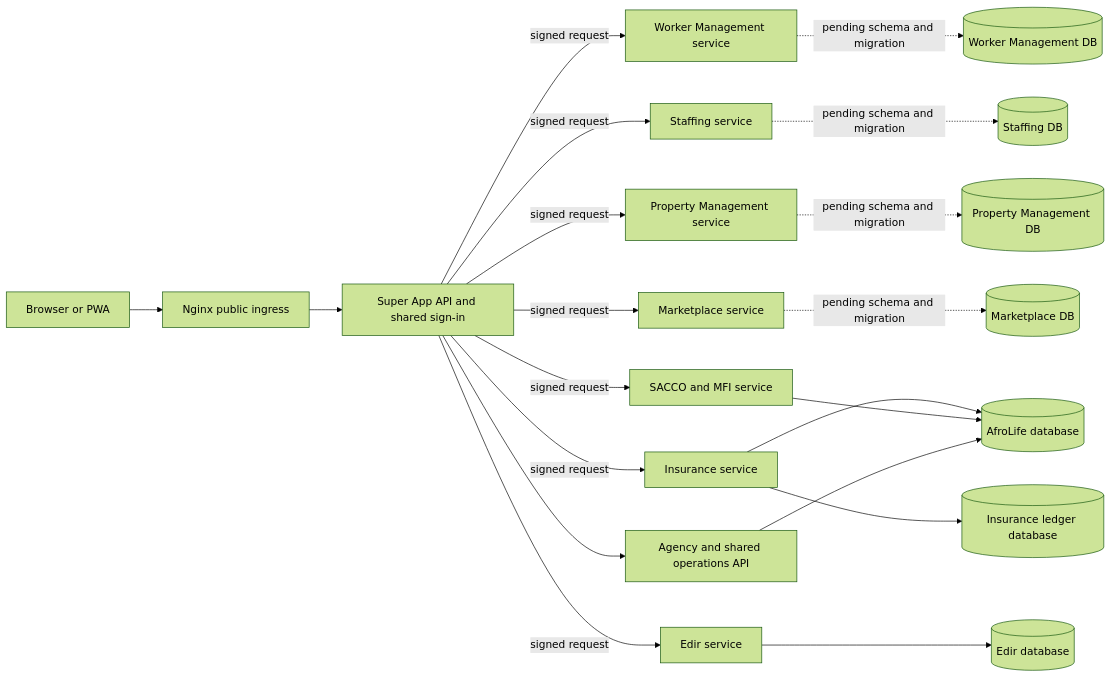
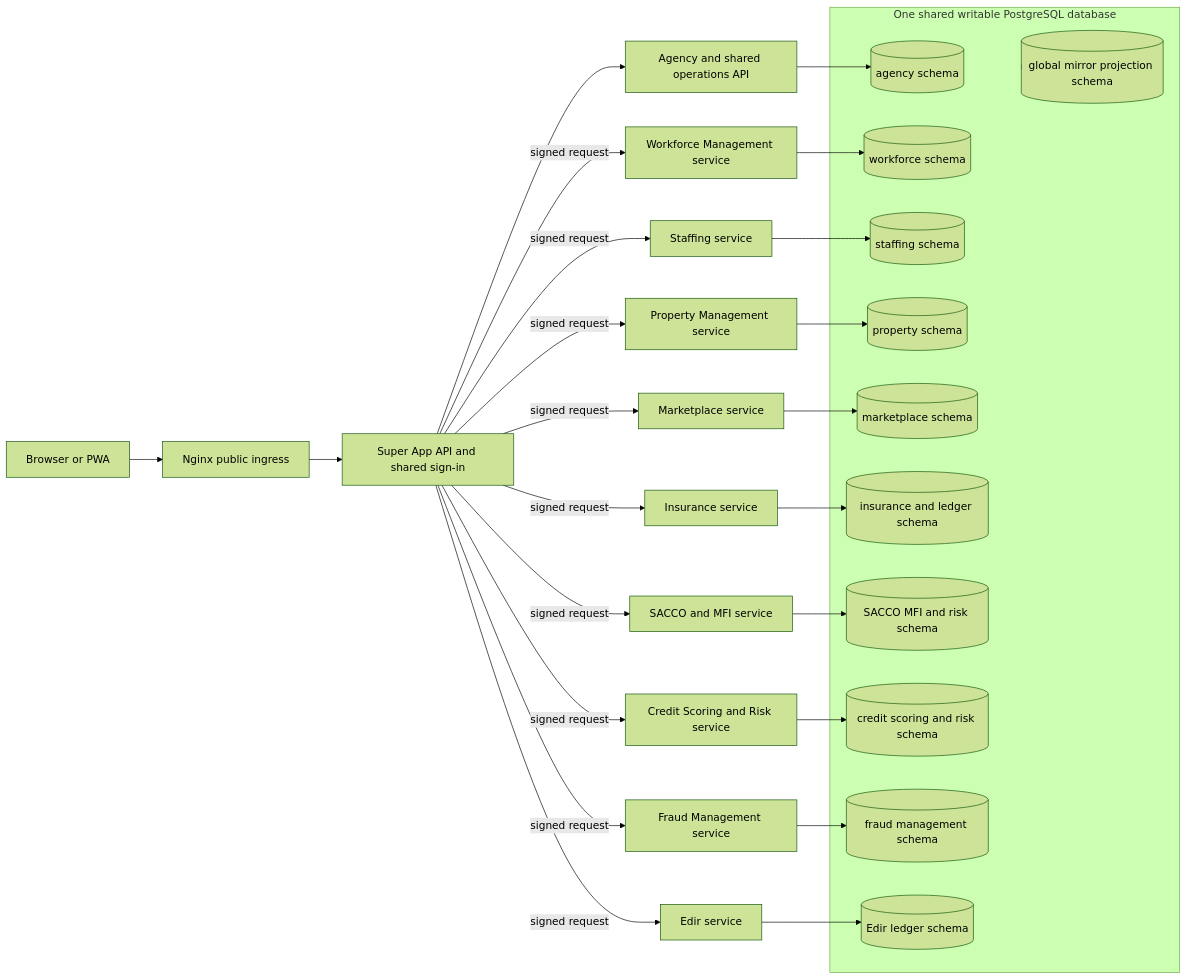
The diagram in afrolife/SERVICE_BOUNDARIES.md (ethiolifeenterpriseplc-ai/AfroLife_Agency), drawn with Mermaid (forest theme) before and after one commit. The commit also changed other lines of this file and 190 other files, not shown here.

````diff
--- a/afrolife/SERVICE_BOUNDARIES.md
+++ b/afrolife/SERVICE_BOUNDARIES.md
@@ -94,22 +142,39 @@
 ```mermaid
 flowchart LR
   User[Browser or PWA] --> Edge[Nginx public ingress]
   Edge --> Shell[Super App API and shared sign-in]
   Shell --> Agency[Agency and shared operations API]
-  Shell -->|signed request| Workers[Worker Management service]
+  Shell -->|signed request| Workers[Workforce Management service]
   Shell -->|signed request| Staffing[Staffing service]
   Shell -->|signed request| Property[Property Management service]
   Shell -->|signed request| Market[Marketplace service]
   Shell -->|signed request| Insurance[Insurance service]
   Shell -->|signed request| MFI[SACCO and MFI service]
+  Shell -->|signed request| CreditRisk[Credit Scoring and Risk service]
+  Shell -->|signed request| Fraud[Fraud Management service]
   Shell -->|signed request| Edir[Edir service]
-  Agency --> CoreDB[(AfroLife database)]
-  Workers -. pending schema and migration .-> WorkerDB[(Worker Management DB)]
-  Staffing -. pending schema and migration .-> StaffingDB[(Staffing DB)]
-  Property -. pending schema and migration .-> PropertyDB[(Property Management DB)]
-  Market -. pending schema and migration .-> MarketDB[(Marketplace DB)]
-  MFI --> CoreDB
-  Insurance --> LedgerDB[(Insurance ledger database)]
-  Insurance --> CoreDB
-  Edir --> EdirDB[(Edir database)]
+  subgraph SharedDB[One shared writable PostgreSQL database]
+    AgencySchema[(agency schema)]
+    WorkforceSchema[(workforce schema)]
+    StaffingSchema[(staffing schema)]
+    PropertySchema[(property schema)]
+    MarketplaceSchema[(marketplace schema)]
+    InsuranceSchema[(insurance and ledger schema)]
+    MfiSchema[(SACCO MFI and risk schema)]
+    CreditRiskSchema[(credit scoring and risk schema)]
+    FraudSchema[(fraud management schema)]
+    EdirSchema[(Edir ledger schema)]
+    MirrorSchema[(global mirror projection schema)]
+  end
+  Agency --> AgencySchema
+  Workers --> WorkforceSchema
+  Staffing --> StaffingSchema
+  Property --> PropertySchema
+  Market --> MarketplaceSchema
+  Insurance --> InsuranceSchema
+  MFI --> MfiSchema
+  CreditRisk --> CreditRiskSchema
+  Fraud --> FraudSchema
+  Edir --> EdirSchema
+  SharedDB --> MirrorSchema
 ```
````
